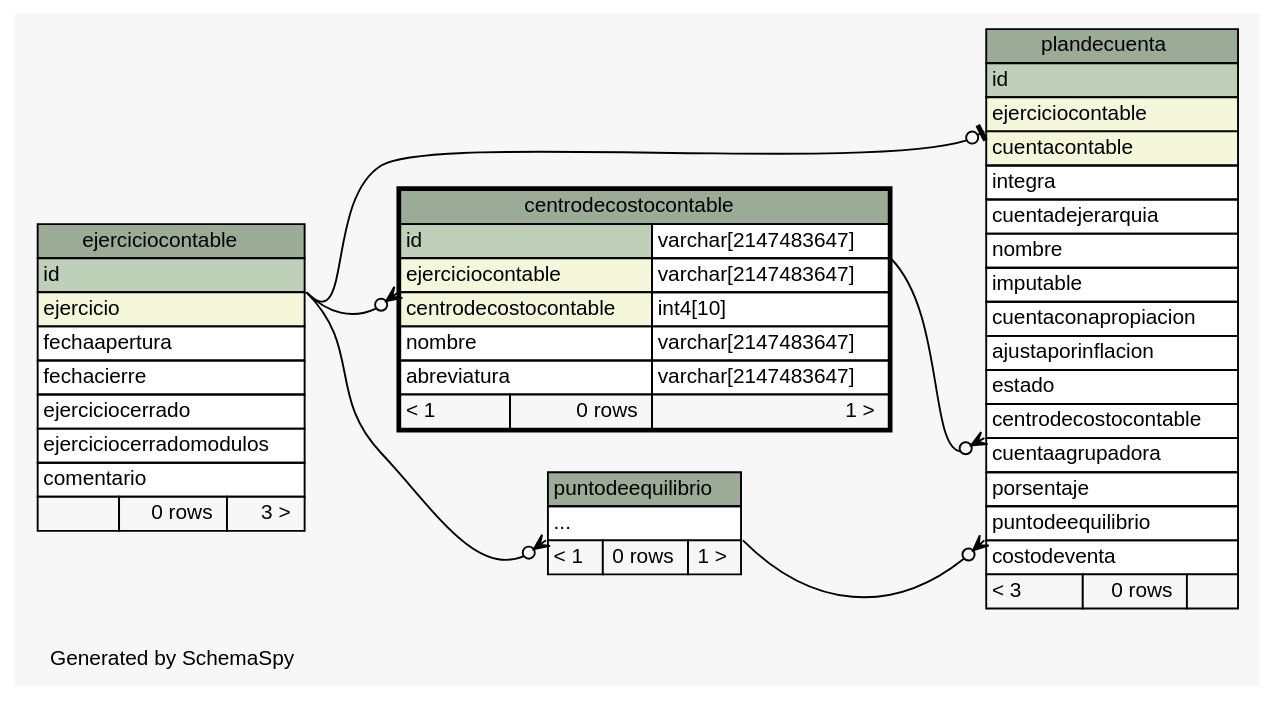
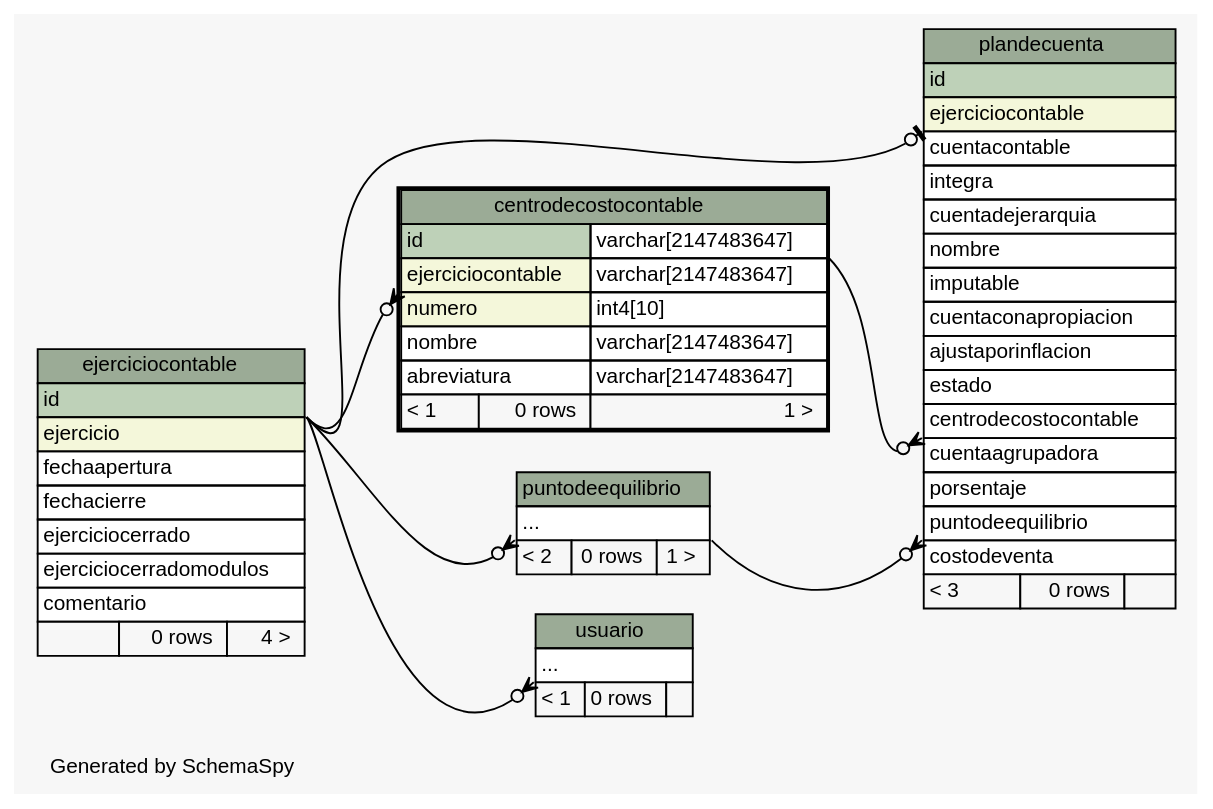
One commit to sebaalvarez/massoftware changed the diagram in sql/postgresql/schemaSpy/salida/diagrams/centrodecostocontable.2degrees.dot. Above: the diagram before and after it, drawn with Graphviz. The commit also changed 152 other files, not shown here.

```diff
--- a/sql/postgresql/schemaSpy/salida/diagrams/centrodecostocontable.2degrees.dot
+++ b/sql/postgresql/schemaSpy/salida/diagrams/centrodecostocontable.2degrees.dot
@@ -1,91 +1,102 @@
 // dot 2.2.1 on Windows 10 10.0
 // SchemaSpy rev 590
 digraph "twoDegreesRelationshipsDiagram" {
   graph [
     rankdir="RL"
     bgcolor="#f7f7f7"
     label="\nGenerated by SchemaSpy"
     labeljust="l"
     nodesep="0.18"
     ranksep="0.46"
     fontname="Helvetica"
     fontsize="11"
   ];
   node [
     fontname="Helvetica"
     fontsize="11"
     shape="plaintext"
   ];
   edge [
     arrowsize="0.8"
   ];
   "centrodecostocontable":"ejerciciocontable":sw -> "ejerciciocontable":"id":se [arrowhead=none dir=back arrowtail=crowodot];
   "plandecuenta":"centrodecostocontable":sw -> "centrodecostocontable":"id.type":se [arrowhead=none dir=back arrowtail=crowodot];
   "plandecuenta":"ejerciciocontable":sw -> "ejerciciocontable":"id":se [arrowhead=none dir=back arrowtail=teeodot];
   "plandecuenta":"puntodeequilibrio":sw -> "puntodeequilibrio":"elipses":se [arrowhead=none dir=back arrowtail=crowodot];
   "puntodeequilibrio":"elipses":sw -> "ejerciciocontable":"id":se [arrowhead=none dir=back arrowtail=crowodot];
+  "usuario":"elipses":sw -> "ejerciciocontable":"id":se [arrowhead=none dir=back arrowtail=crowodot];
   "centrodecostocontable" [
     label=<
     <TABLE BORDER="2" CELLBORDER="1" CELLSPACING="0" BGCOLOR="#ffffff">
       <TR><TD COLSPAN="3" BGCOLOR="#9bab96" ALIGN="CENTER">centrodecostocontable</TD></TR>
       <TR><TD PORT="id" COLSPAN="2" BGCOLOR="#bed1b8" ALIGN="LEFT">id</TD><TD PORT="id.type" ALIGN="LEFT">varchar[2147483647]</TD></TR>
       <TR><TD PORT="ejerciciocontable" COLSPAN="2" BGCOLOR="#f4f7da" ALIGN="LEFT">ejerciciocontable</TD><TD PORT="ejerciciocontable.type" ALIGN="LEFT">varchar[2147483647]</TD></TR>
-      <TR><TD PORT="centrodecostocontable" COLSPAN="2" BGCOLOR="#f4f7da" ALIGN="LEFT">centrodecostocontable</TD><TD PORT="centrodecostocontable.type" ALIGN="LEFT">int4[10]</TD></TR>
+      <TR><TD PORT="numero" COLSPAN="2" BGCOLOR="#f4f7da" ALIGN="LEFT">numero</TD><TD PORT="numero.type" ALIGN="LEFT">int4[10]</TD></TR>
       <TR><TD PORT="nombre" COLSPAN="2" ALIGN="LEFT">nombre</TD><TD PORT="nombre.type" ALIGN="LEFT">varchar[2147483647]</TD></TR>
       <TR><TD PORT="abreviatura" COLSPAN="2" ALIGN="LEFT">abreviatura</TD><TD PORT="abreviatura.type" ALIGN="LEFT">varchar[2147483647]</TD></TR>
       <TR><TD ALIGN="LEFT" BGCOLOR="#f7f7f7">&lt; 1</TD><TD ALIGN="RIGHT" BGCOLOR="#f7f7f7">0 rows</TD><TD ALIGN="RIGHT" BGCOLOR="#f7f7f7">1 &gt;</TD></TR>
     </TABLE>>
     URL="centrodecostocontable.html"
     tooltip="centrodecostocontable"
   ];
   "ejerciciocontable" [
     label=<
     <TABLE BORDER="0" CELLBORDER="1" CELLSPACING="0" BGCOLOR="#ffffff">
       <TR><TD COLSPAN="3" BGCOLOR="#9bab96" ALIGN="CENTER">ejerciciocontable</TD></TR>
       <TR><TD PORT="id" COLSPAN="3" BGCOLOR="#bed1b8" ALIGN="LEFT">id</TD></TR>
       <TR><TD PORT="ejercicio" COLSPAN="3" BGCOLOR="#f4f7da" ALIGN="LEFT">ejercicio</TD></TR>
       <TR><TD PORT="fechaapertura" COLSPAN="3" ALIGN="LEFT">fechaapertura</TD></TR>
       <TR><TD PORT="fechacierre" COLSPAN="3" ALIGN="LEFT">fechacierre</TD></TR>
       <TR><TD PORT="ejerciciocerrado" COLSPAN="3" ALIGN="LEFT">ejerciciocerrado</TD></TR>
       <TR><TD PORT="ejerciciocerradomodulos" COLSPAN="3" ALIGN="LEFT">ejerciciocerradomodulos</TD></TR>
       <TR><TD PORT="comentario" COLSPAN="3" ALIGN="LEFT">comentario</TD></TR>
-      <TR><TD ALIGN="LEFT" BGCOLOR="#f7f7f7">  </TD><TD ALIGN="RIGHT" BGCOLOR="#f7f7f7">0 rows</TD><TD ALIGN="RIGHT" BGCOLOR="#f7f7f7">3 &gt;</TD></TR>
+      <TR><TD ALIGN="LEFT" BGCOLOR="#f7f7f7">  </TD><TD ALIGN="RIGHT" BGCOLOR="#f7f7f7">0 rows</TD><TD ALIGN="RIGHT" BGCOLOR="#f7f7f7">4 &gt;</TD></TR>
     </TABLE>>
     URL="ejerciciocontable.html"
     tooltip="ejerciciocontable"
   ];
   "plandecuenta" [
     label=<
     <TABLE BORDER="0" CELLBORDER="1" CELLSPACING="0" BGCOLOR="#ffffff">
       <TR><TD COLSPAN="3" BGCOLOR="#9bab96" ALIGN="CENTER">plandecuenta</TD></TR>
       <TR><TD PORT="id" COLSPAN="3" BGCOLOR="#bed1b8" ALIGN="LEFT">id</TD></TR>
       <TR><TD PORT="ejerciciocontable" COLSPAN="3" BGCOLOR="#f4f7da" ALIGN="LEFT">ejerciciocontable</TD></TR>
-      <TR><TD PORT="cuentacontable" COLSPAN="3" BGCOLOR="#f4f7da" ALIGN="LEFT">cuentacontable</TD></TR>
+      <TR><TD PORT="cuentacontable" COLSPAN="3" ALIGN="LEFT">cuentacontable</TD></TR>
       <TR><TD PORT="integra" COLSPAN="3" ALIGN="LEFT">integra</TD></TR>
       <TR><TD PORT="cuentadejerarquia" COLSPAN="3" ALIGN="LEFT">cuentadejerarquia</TD></TR>
       <TR><TD PORT="nombre" COLSPAN="3" ALIGN="LEFT">nombre</TD></TR>
       <TR><TD PORT="imputable" COLSPAN="3" ALIGN="LEFT">imputable</TD></TR>
       <TR><TD PORT="cuentaconapropiacion" COLSPAN="3" ALIGN="LEFT">cuentaconapropiacion</TD></TR>
       <TR><TD PORT="ajustaporinflacion" COLSPAN="3" ALIGN="LEFT">ajustaporinflacion</TD></TR>
       <TR><TD PORT="estado" COLSPAN="3" ALIGN="LEFT">estado</TD></TR>
       <TR><TD PORT="centrodecostocontable" COLSPAN="3" ALIGN="LEFT">centrodecostocontable</TD></TR>
       <TR><TD PORT="cuentaagrupadora" COLSPAN="3" ALIGN="LEFT">cuentaagrupadora</TD></TR>
       <TR><TD PORT="porsentaje" COLSPAN="3" ALIGN="LEFT">porsentaje</TD></TR>
       <TR><TD PORT="puntodeequilibrio" COLSPAN="3" ALIGN="LEFT">puntodeequilibrio</TD></TR>
       <TR><TD PORT="costodeventa" COLSPAN="3" ALIGN="LEFT">costodeventa</TD></TR>
       <TR><TD ALIGN="LEFT" BGCOLOR="#f7f7f7">&lt; 3</TD><TD ALIGN="RIGHT" BGCOLOR="#f7f7f7">0 rows</TD><TD ALIGN="RIGHT" BGCOLOR="#f7f7f7">  </TD></TR>
     </TABLE>>
     URL="plandecuenta.html"
     tooltip="plandecuenta"
   ];
   "puntodeequilibrio" [
     label=<
     <TABLE BORDER="0" CELLBORDER="1" CELLSPACING="0" BGCOLOR="#ffffff">
       <TR><TD COLSPAN="3" BGCOLOR="#9bab96" ALIGN="CENTER">puntodeequilibrio</TD></TR>
       <TR><TD PORT="elipses" COLSPAN="3" ALIGN="LEFT">...</TD></TR>
-      <TR><TD ALIGN="LEFT" BGCOLOR="#f7f7f7">&lt; 1</TD><TD ALIGN="RIGHT" BGCOLOR="#f7f7f7">0 rows</TD><TD ALIGN="RIGHT" BGCOLOR="#f7f7f7">1 &gt;</TD></TR>
+      <TR><TD ALIGN="LEFT" BGCOLOR="#f7f7f7">&lt; 2</TD><TD ALIGN="RIGHT" BGCOLOR="#f7f7f7">0 rows</TD><TD ALIGN="RIGHT" BGCOLOR="#f7f7f7">1 &gt;</TD></TR>
     </TABLE>>
     URL="puntodeequilibrio.html"
     tooltip="puntodeequilibrio"
   ];
+  "usuario" [
+    label=<
+    <TABLE BORDER="0" CELLBORDER="1" CELLSPACING="0" BGCOLOR="#ffffff">
+      <TR><TD COLSPAN="3" BGCOLOR="#9bab96" ALIGN="CENTER">usuario</TD></TR>
+      <TR><TD PORT="elipses" COLSPAN="3" ALIGN="LEFT">...</TD></TR>
+      <TR><TD ALIGN="LEFT" BGCOLOR="#f7f7f7">&lt; 1</TD><TD ALIGN="RIGHT" BGCOLOR="#f7f7f7">0 rows</TD><TD ALIGN="RIGHT" BGCOLOR="#f7f7f7">  </TD></TR>
+    </TABLE>>
+    URL="usuario.html"
+    tooltip="usuario"
+  ];
 }
```
